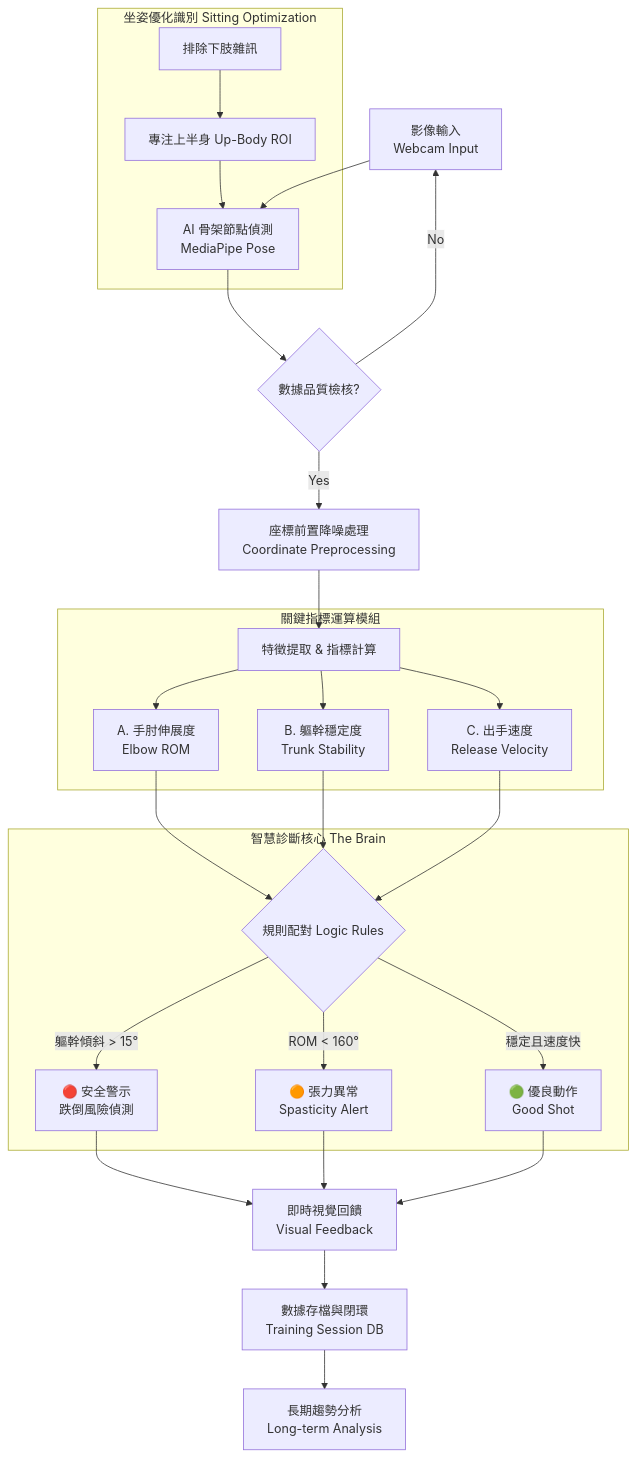
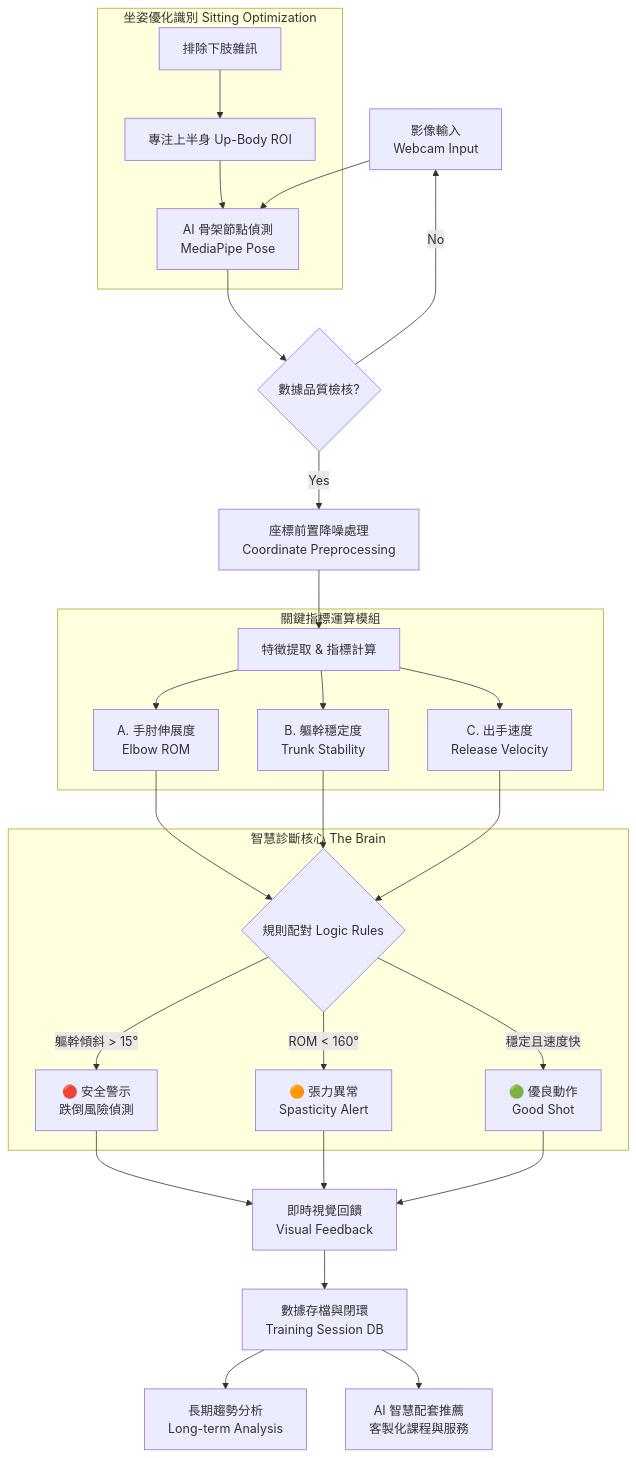
The first of 2 diagrams in floor-curling-app/docs/patent_materials.md (secrects2/Daoli2026), drawn with Mermaid before and after one commit. The commit also changed other lines of this file and 1 other file, not shown here.

````diff
--- a/floor-curling-app/docs/patent_materials.md
+++ b/floor-curling-app/docs/patent_materials.md
@@ -8,36 +8,37 @@
 ```mermaid
 graph TD
     A[影像輸入<br>Webcam Input] --> B[AI 骨架節點偵測<br>MediaPipe Pose]
     B --> C{數據品質檢核?}
     C -->|No| A
     C -->|Yes| PRE[座標前置降噪處理<br>Coordinate Preprocessing]
     PRE --> D[特徵提取 & 指標計算]
     
     subgraph Metrics [關鍵指標運算模組]
     D --> E[A. 手肘伸展度<br>Elbow ROM]
     D --> F[B. 軀幹穩定度<br>Trunk Stability]
     D --> G[C. 出手速度<br>Release Velocity]
     end
     
     subgraph Brain [智慧診斷核心 The Brain]
     E --> H{規則配對 Logic Rules}
     F --> H
     G --> H
     
     H -->|軀幹傾斜 > 15°| I[🔴 安全警示<br>跌倒風險偵測]
     H -->|ROM < 160°| J[🟠 張力異常<br>Spasticity Alert]
     H -->|穩定且速度快| K[🟢 優良動作<br>Good Shot]
     end
     
     I --> L[即時視覺回饋<br>Visual Feedback]
     J --> L
     K --> L
     
     L --> M[數據存檔與閉環<br>Training Session DB]
     M --> N[長期趨勢分析<br>Long-term Analysis]
+    M --> RX_AI[AI 智慧配套推薦<br>客製化課程與服務]
 
     subgraph Optimize [坐姿優化識別 Sitting Optimization]
     O[排除下肢雜訊] --> P[專注上半身 Up-Body ROI]
     P --> B
     end
 ```
````
